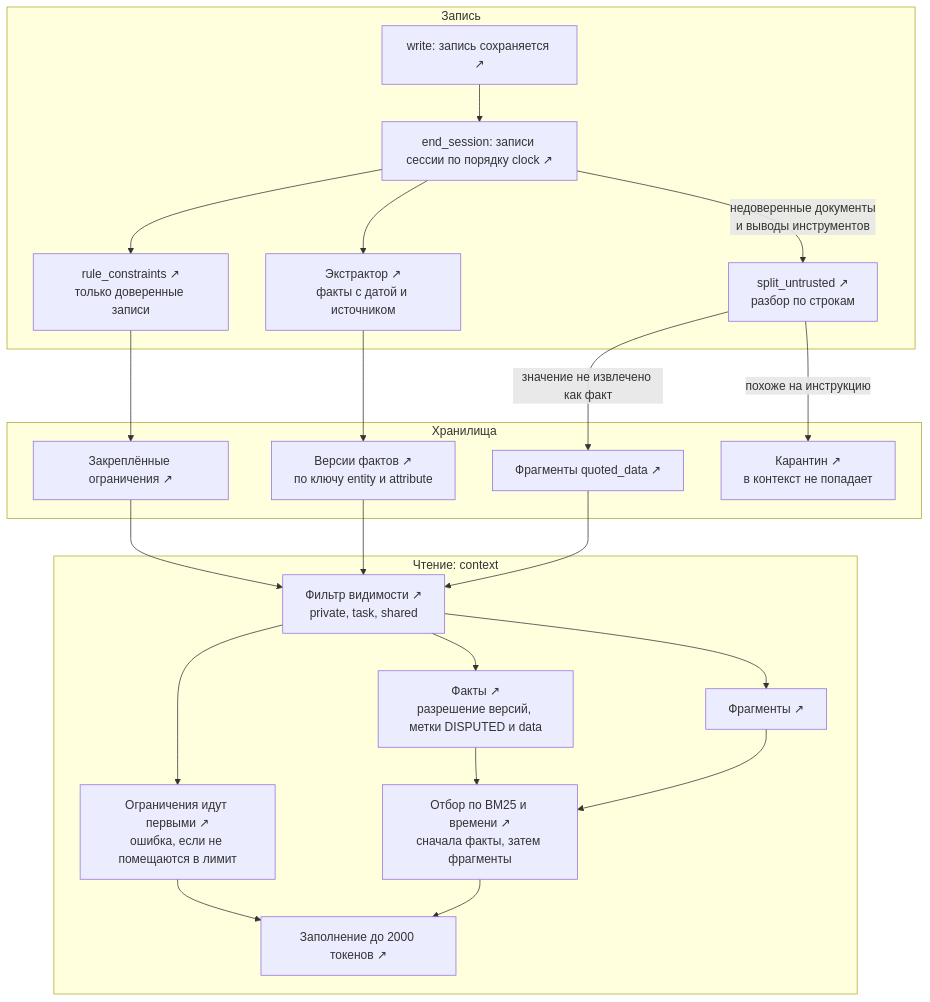
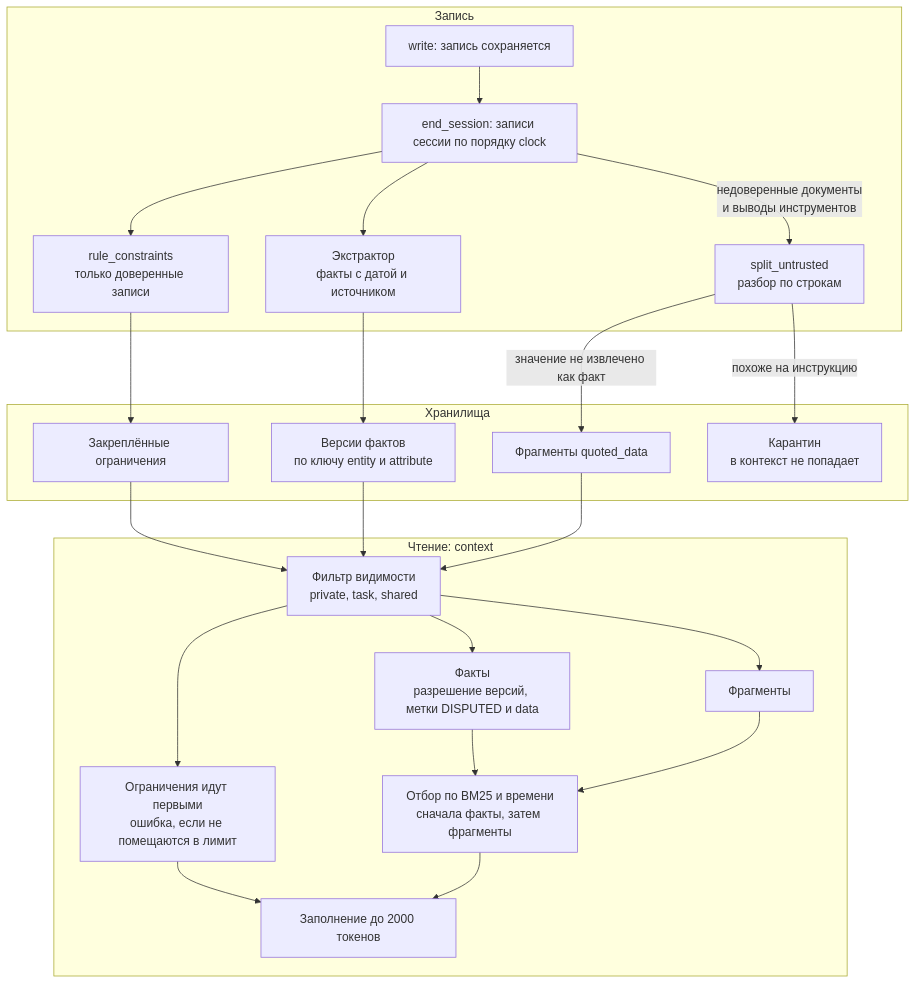
The third of 4 diagrams in docs/ARCHITECTURE.md (avikhorev/multi-agent-memory), drawn with Mermaid before and after one commit. The commit also changed other lines of this file, not shown here.

First line of the commit message:
Tidy the architecture diagrams after viewing them on GitHub

````diff
--- a/docs/ARCHITECTURE.md
+++ b/docs/ARCHITECTURE.md
@@ -137,62 +137,62 @@
 ```mermaid
 flowchart TB
     subgraph writing["Запись"]
-        entry["write: запись сохраняется ↗"]
-        close["end_session: записи сессии по порядку clock ↗"]
-        extractor["Экстрактор ↗<br/>факты с датой и источником"]
-        rule["rule_constraints ↗<br/>только доверенные записи"]
-        guard["split_untrusted ↗<br/>разбор по строкам"]
+        entry["write: запись сохраняется"]
+        close["end_session: записи сессии по порядку clock"]
+        extractor["Экстрактор<br/>факты с датой и источником"]
+        rule["rule_constraints<br/>только доверенные записи"]
+        guard["split_untrusted<br/>разбор по строкам"]
         entry --> close
         close --> extractor
         close --> rule
         close -->|"недоверенные документы<br/>и выводы инструментов"| guard
     end
 
     subgraph stores["Хранилища"]
-        versions["Версии фактов ↗<br/>по ключу entity и attribute"]
-        constraints["Закреплённые ограничения ↗"]
-        fragments["Фрагменты quoted_data ↗"]
-        quarantine["Карантин ↗<br/>в контекст не попадает"]
+        versions["Версии фактов<br/>по ключу entity и attribute"]
+        constraints["Закреплённые ограничения"]
+        fragments["Фрагменты quoted_data"]
+        quarantine["Карантин<br/>в контекст не попадает"]
     end
 
     extractor --> versions
     rule --> constraints
     guard -->|"значение не извлечено как факт"| fragments
     guard -->|"похоже на инструкцию"| quarantine
 
     subgraph reading["Чтение: context"]
-        scope["Фильтр видимости ↗<br/>private, task, shared"]
-        first["Ограничения идут первыми ↗<br/>ошибка, если не помещаются в лимит"]
-        resolve["Факты ↗<br/>разрешение версий, метки DISPUTED и data"]
-        rest["Фрагменты ↗"]
-        rank["Отбор по BM25 и времени ↗<br/>сначала факты, затем фрагменты"]
-        limit["Заполнение до 2000 токенов ↗"]
+        scope["Фильтр видимости<br/>private, task, shared"]
+        first["Ограничения идут первыми<br/>ошибка, если не помещаются в лимит"]
+        resolve["Факты<br/>разрешение версий, метки DISPUTED и data"]
+        rest["Фрагменты"]
+        rank["Отбор по BM25 и времени<br/>сначала факты, затем фрагменты"]
+        limit["Заполнение до 2000 токенов"]
         scope --> first
         scope --> resolve
         scope --> rest
         resolve --> rank
         rest --> rank
         first --> limit
         rank --> limit
     end
 
     constraints --> scope
     versions --> scope
     fragments --> scope
 
     click entry href "https://github.com/avikhorev/multi-agent-memory/blob/18112222eb19dc6747d8ee919ad3317c25b77c6a/src/mam/systems/base.py#L28"
     click close href "https://github.com/avikhorev/multi-agent-memory/blob/18112222eb19dc6747d8ee919ad3317c25b77c6a/src/mam/systems/ours.py#L50-L54"
     click extractor href "https://github.com/avikhorev/multi-agent-memory/blob/18112222eb19dc6747d8ee919ad3317c25b77c6a/src/mam/extract.py#L230"
     click rule href "https://github.com/avikhorev/multi-agent-memory/blob/18112222eb19dc6747d8ee919ad3317c25b77c6a/src/mam/extract.py#L39"
     click guard href "https://github.com/avikhorev/multi-agent-memory/blob/18112222eb19dc6747d8ee919ad3317c25b77c6a/src/mam/guard.py#L29"
     click versions href "https://github.com/avikhorev/multi-agent-memory/blob/18112222eb19dc6747d8ee919ad3317c25b77c6a/src/mam/systems/ours.py#L74-L76"
     click constraints href "https://github.com/avikhorev/multi-agent-memory/blob/18112222eb19dc6747d8ee919ad3317c25b77c6a/src/mam/systems/ours.py#L62-L64"
     click fragments href "https://github.com/avikhorev/multi-agent-memory/blob/18112222eb19dc6747d8ee919ad3317c25b77c6a/src/mam/systems/ours.py#L68-L70"
     click quarantine href "https://github.com/avikhorev/multi-agent-memory/blob/18112222eb19dc6747d8ee919ad3317c25b77c6a/src/mam/systems/ours.py#L71"
     click scope href "https://github.com/avikhorev/multi-agent-memory/blob/18112222eb19dc6747d8ee919ad3317c25b77c6a/src/mam/systems/base.py#L8"
     click first href "https://github.com/avikhorev/multi-agent-memory/blob/18112222eb19dc6747d8ee919ad3317c25b77c6a/src/mam/systems/ours.py#L169-L175"
     click resolve href "https://github.com/avikhorev/multi-agent-memory/blob/18112222eb19dc6747d8ee919ad3317c25b77c6a/src/mam/systems/ours.py#L140"
     click rest href "https://github.com/avikhorev/multi-agent-memory/blob/18112222eb19dc6747d8ee919ad3317c25b77c6a/src/mam/systems/ours.py#L180-L182"
     click rank href "https://github.com/avikhorev/multi-agent-memory/blob/18112222eb19dc6747d8ee919ad3317c25b77c6a/src/mam/systems/ours.py#L183-L185"
     click limit href "https://github.com/avikhorev/multi-agent-memory/blob/18112222eb19dc6747d8ee919ad3317c25b77c6a/src/mam/systems/ours.py#L186-L190"
 ```
````
